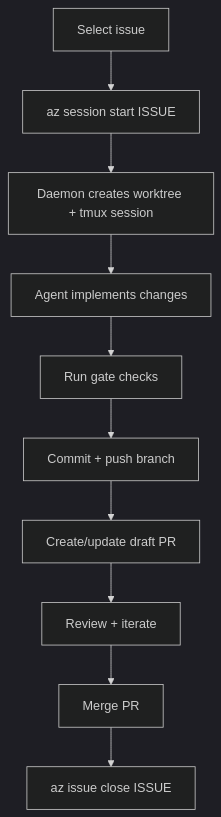
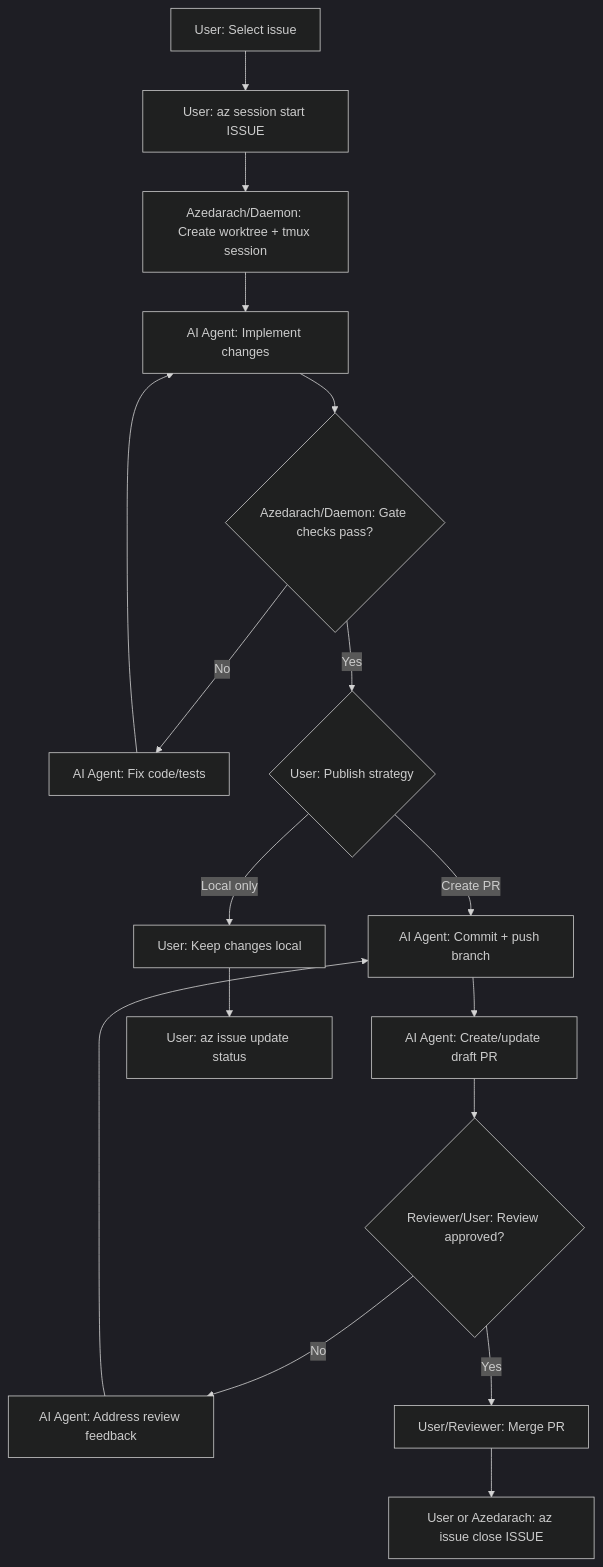
The third of 6 diagrams in README.md (riordanpawley/azedarach), drawn with Mermaid (dark theme) before and after one commit. The commit also changed other lines of this file, not shown here.

Commit message:
docs: improve README architecture and workflow diagrams

````diff
--- a/README.md
+++ b/README.md
@@ -143,12 +143,19 @@
 ```mermaid
 flowchart TD
-  A[Select issue] --> B[az session start ISSUE]
-  B --> C[Daemon creates worktree + tmux session]
-  C --> D[Agent implements changes]
-  D --> E[Run gate checks]
-  E --> F[Commit + push branch]
-  F --> G[Create/update draft PR]
-  G --> H[Review + iterate]
-  H --> I[Merge PR]
-  I --> J[az issue close ISSUE]
+  A[User: Select issue] --> B[User: az session start ISSUE]
+  B --> C[Azedarach/Daemon: Create worktree + tmux session]
+  C --> D[AI Agent: Implement changes]
+  D --> E{Azedarach/Daemon: Gate checks pass?}
+  E -->|No| F[AI Agent: Fix code/tests]
+  F --> D
+  E -->|Yes| G{User: Publish strategy}
+  G -->|Create PR| H[AI Agent: Commit + push branch]
+  H --> I[AI Agent: Create/update draft PR]
+  I --> J{Reviewer/User: Review approved?}
+  J -->|No| K[AI Agent: Address review feedback]
+  K --> H
+  J -->|Yes| L[User/Reviewer: Merge PR]
+  L --> M[User or Azedarach: az issue close ISSUE]
+  G -->|Local only| N[User: Keep changes local]
+  N --> O[User: az issue update status]
 ```
````
